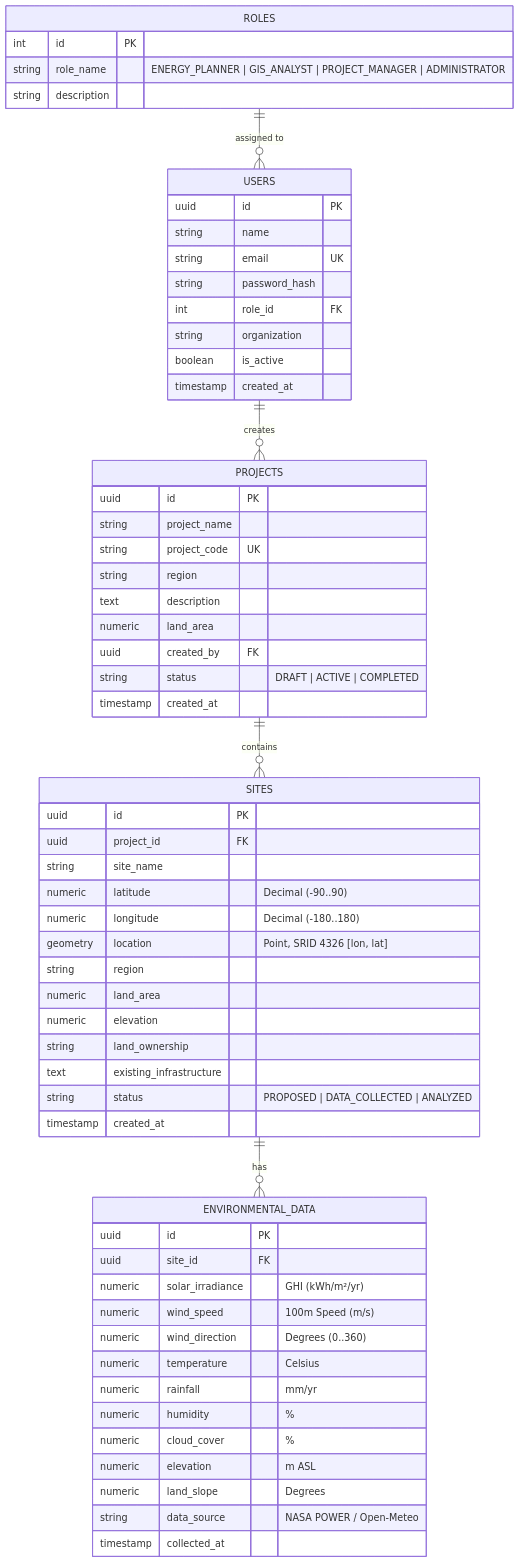
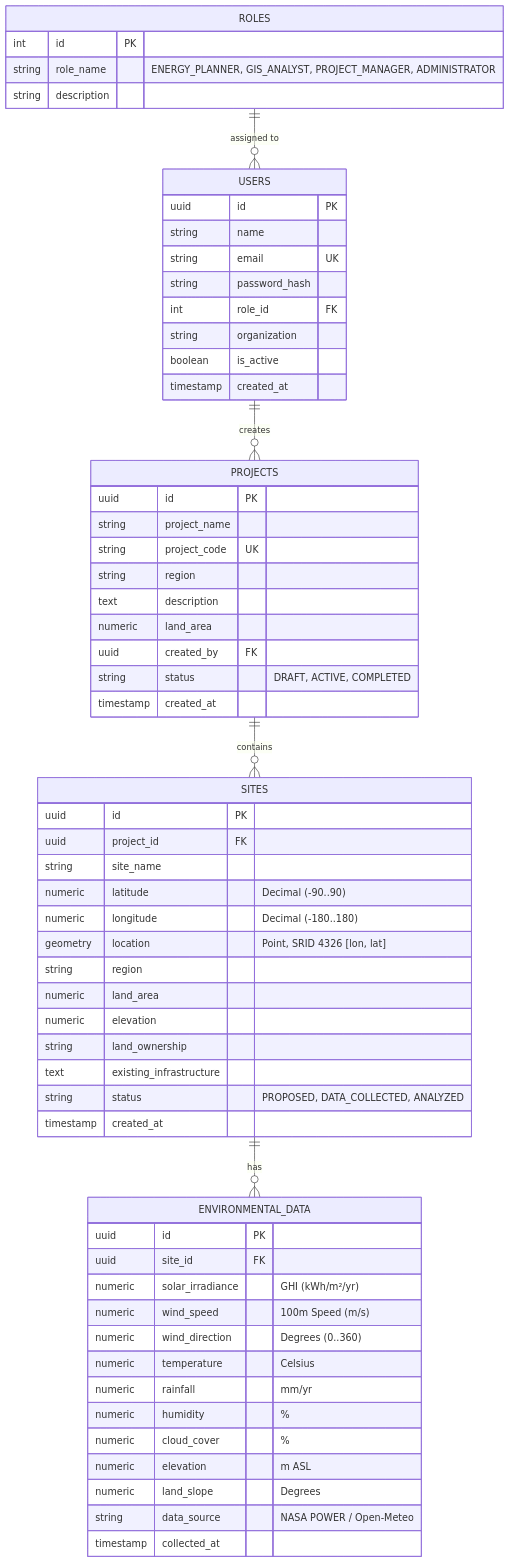
The third of 3 diagrams in milestone1_design_and_documentation.md (ARYAN-SINGH-10/solar-and-wind), drawn with Mermaid before and after one commit. The commit also changed other lines of this file, not shown here.

Commit message:
docs: fix Milestone 1 Mermaid diagrams

````diff
--- a/milestone1_design_and_documentation.md
+++ b/milestone1_design_and_documentation.md
@@ -104,68 +104,68 @@
 ```mermaid
 erDiagram
     ROLES ||--o{ USERS : "assigned to"
     USERS ||--o{ PROJECTS : "creates"
     PROJECTS ||--o{ SITES : "contains"
     SITES ||--o{ ENVIRONMENTAL_DATA : "has"
 
     ROLES {
         int id PK
-        string role_name "ENERGY_PLANNER | GIS_ANALYST | PROJECT_MANAGER | ADMINISTRATOR"
+        string role_name "ENERGY_PLANNER, GIS_ANALYST, PROJECT_MANAGER, ADMINISTRATOR"
         string description
     }
 
     USERS {
         uuid id PK
         string name
         string email UK
         string password_hash
         int role_id FK
         string organization
         boolean is_active
         timestamp created_at
     }
 
     PROJECTS {
         uuid id PK
         string project_name
         string project_code UK
         string region
         text description
         numeric land_area
         uuid created_by FK
-        string status "DRAFT | ACTIVE | COMPLETED"
+        string status "DRAFT, ACTIVE, COMPLETED"
         timestamp created_at
     }
 
     SITES {
         uuid id PK
         uuid project_id FK
         string site_name
         numeric latitude "Decimal (-90..90)"
         numeric longitude "Decimal (-180..180)"
         geometry location "Point, SRID 4326 [lon, lat]"
         string region
         numeric land_area
         numeric elevation
         string land_ownership
         text existing_infrastructure
-        string status "PROPOSED | DATA_COLLECTED | ANALYZED"
+        string status "PROPOSED, DATA_COLLECTED, ANALYZED"
         timestamp created_at
     }
 
     ENVIRONMENTAL_DATA {
         uuid id PK
         uuid site_id FK
         numeric solar_irradiance "GHI (kWh/m²/yr)"
         numeric wind_speed "100m Speed (m/s)"
         numeric wind_direction "Degrees (0..360)"
         numeric temperature "Celsius"
         numeric rainfall "mm/yr"
         numeric humidity "%"
         numeric cloud_cover "%"
         numeric elevation "m ASL"
         numeric land_slope "Degrees"
         string data_source "NASA POWER / Open-Meteo"
         timestamp collected_at
     }
 ```
````
